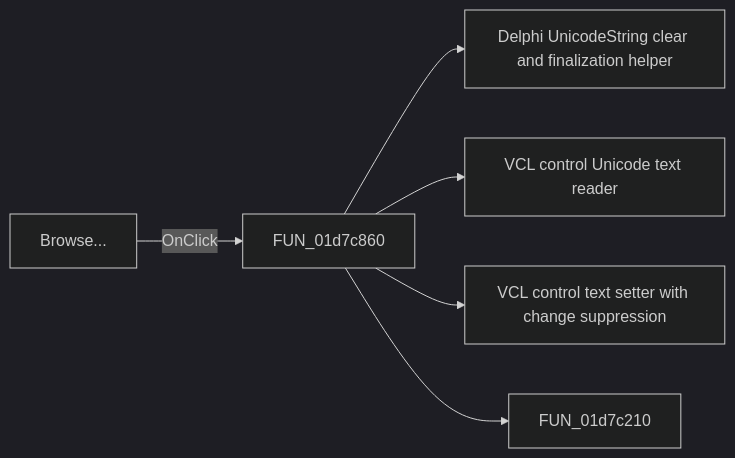
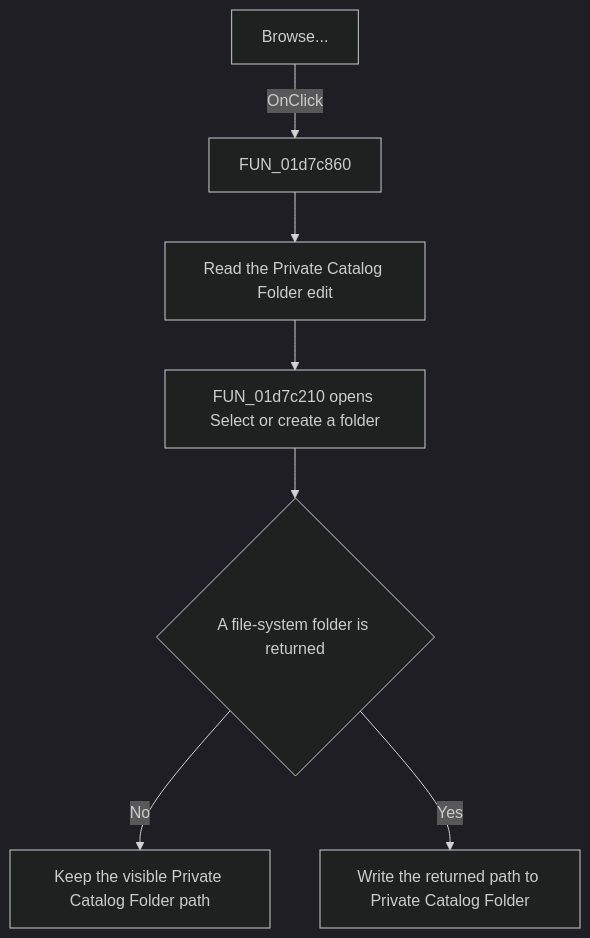
The diagram in docs/ui-controls/frmsetenvvars/btnbrowsecatalogdir-bd33302bd7.md (MovGP0/TIARA), drawn with Mermaid (dark theme) before and after one commit. The commit also changed other lines of this file and 387 other files, not shown here.

````diff
--- a/docs/ui-controls/frmsetenvvars/btnbrowsecatalogdir-bd33302bd7.md
+++ b/docs/ui-controls/frmsetenvvars/btnbrowsecatalogdir-bd33302bd7.md
@@ -27,8 +38,9 @@
 ```mermaid
-flowchart LR
+flowchart TD
     control["Browse..."] -->|OnClick| handler["FUN_01d7c860"]
-    handler --> call1["Delphi UnicodeString clear and finalization helper"]
-    handler --> call2["VCL control Unicode text reader"]
-    handler --> call3["VCL control text setter with change suppression"]
-    handler --> call4["FUN_01d7c210"]
+    handler --> read["Read the Private Catalog Folder edit"]
+    read --> picker["FUN_01d7c210 opens Select or create a folder"]
+    picker --> selected{"A file-system folder is returned"}
+    selected -->|No| unchanged["Keep the visible Private Catalog Folder path"]
+    selected -->|Yes| update["Write the returned path to Private Catalog Folder"]
 ```
````
